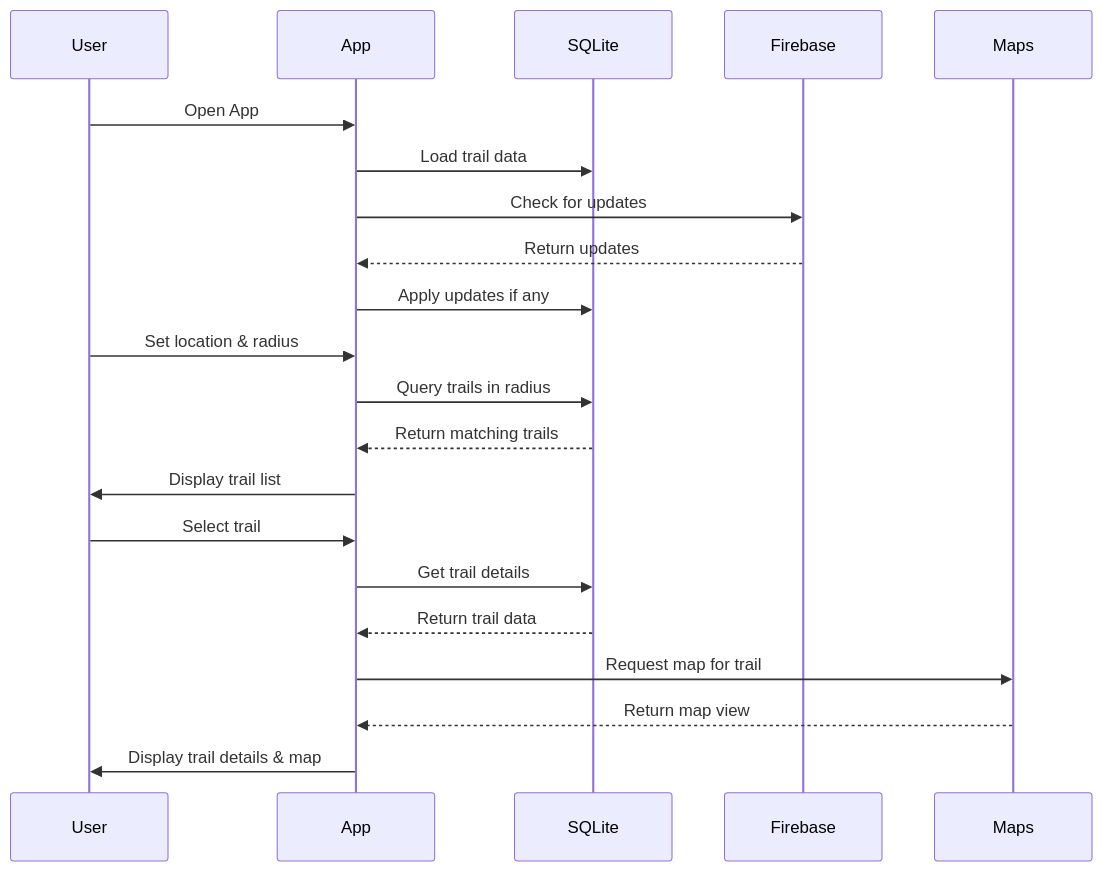
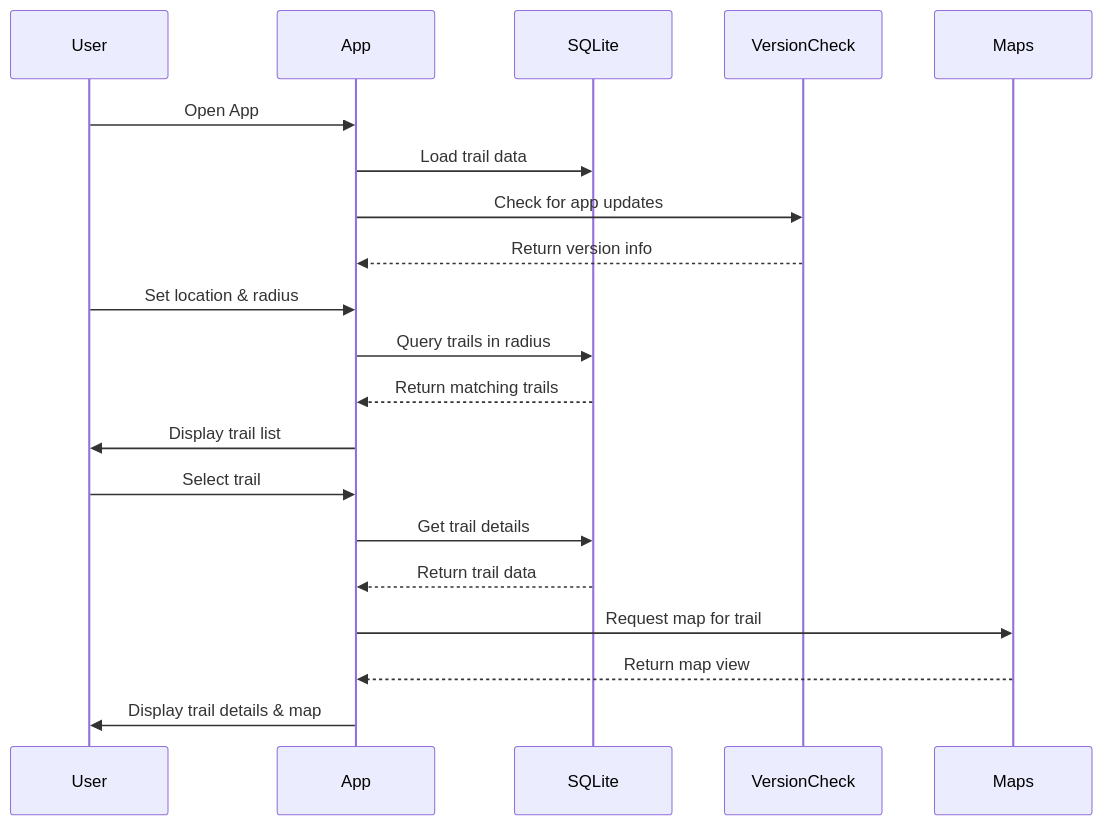
The third of 3 diagrams in README.md (jozovek/hiking-app), drawn with Mermaid before and after one commit. The commit also changed other lines of this file, not shown here.

Commit message:
Update README to remove Firebase and use SQLite-only approach

````diff
--- a/README.md
+++ b/README.md
@@ -93,24 +91,23 @@
 ```mermaid
 sequenceDiagram
     participant User
     participant App
     participant SQLite
-    participant Firebase
+    participant VersionCheck
     participant Maps
     
     User->>App: Open App
     App->>SQLite: Load trail data
-    App->>Firebase: Check for updates
-    Firebase-->>App: Return updates
-    App->>SQLite: Apply updates if any
+    App->>VersionCheck: Check for app updates
+    VersionCheck-->>App: Return version info
     User->>App: Set location & radius
     App->>SQLite: Query trails in radius
     SQLite-->>App: Return matching trails
     App->>User: Display trail list
     User->>App: Select trail
     App->>SQLite: Get trail details
     SQLite-->>App: Return trail data
     App->>Maps: Request map for trail
     Maps-->>App: Return map view
     App->>User: Display trail details & map
 ```
````
